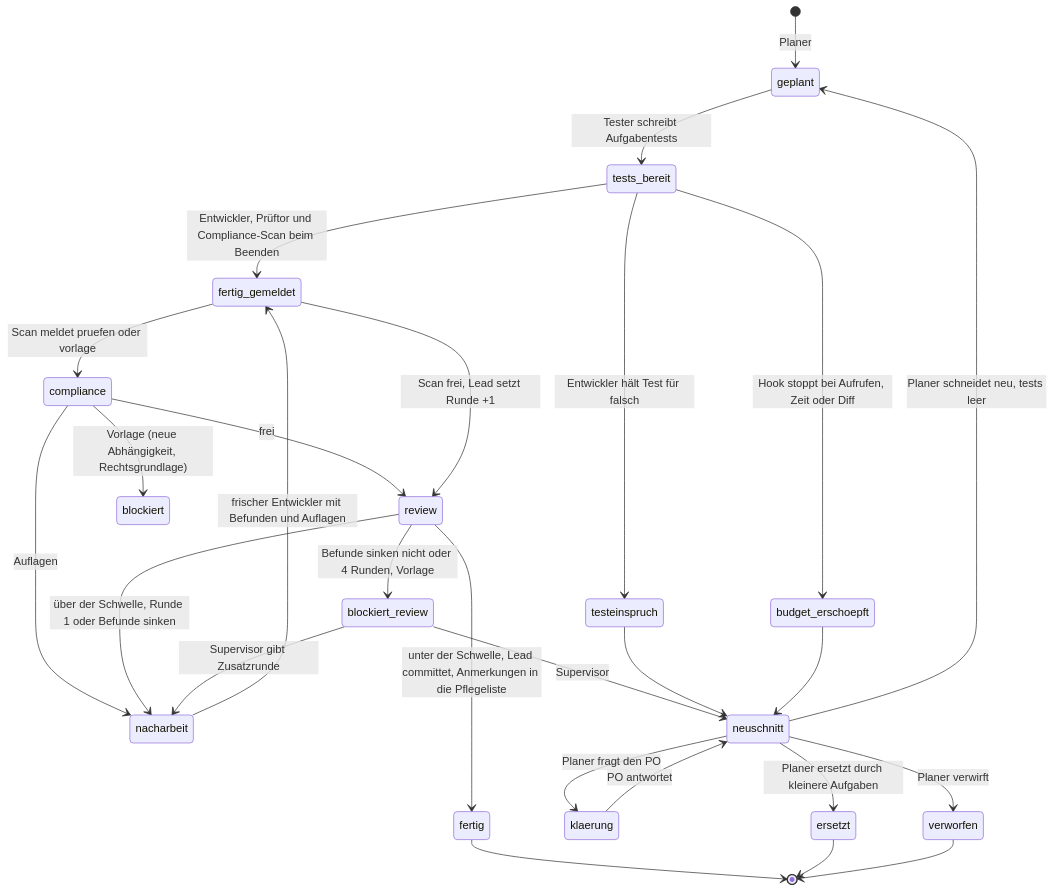
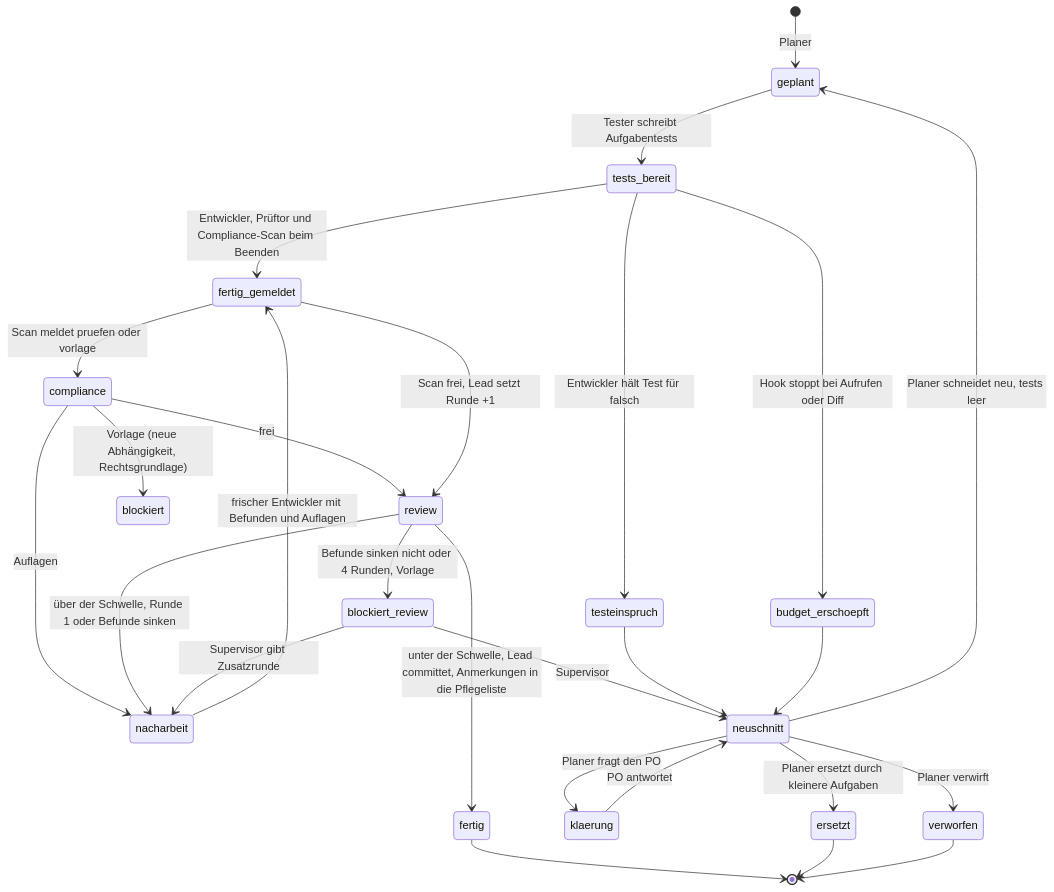
One commit to xXExceptionXx/keel changed the fourth of 7 diagrams in docs/system.md. Above: the diagram before and after it, drawn with Mermaid. The commit also changed other lines of this file and 11 other files, not shown here.

````diff
--- a/docs/system.md
+++ b/docs/system.md
@@ -107,29 +107,29 @@
 ```mermaid
 stateDiagram-v2
     [*] --> geplant: Planer
     geplant --> tests_bereit: Tester schreibt Aufgabentests
     tests_bereit --> fertig_gemeldet: Entwickler, Prüftor und Compliance-Scan beim Beenden
     tests_bereit --> testeinspruch: Entwickler hält Test für falsch
-    tests_bereit --> budget_erschoepft: Hook stoppt bei Aufrufen, Zeit oder Diff
+    tests_bereit --> budget_erschoepft: Hook stoppt bei Aufrufen oder Diff
     fertig_gemeldet --> compliance: Scan meldet pruefen oder vorlage
     compliance --> nacharbeit: Auflagen
     compliance --> review: frei
     compliance --> blockiert: Vorlage (neue Abhängigkeit, Rechtsgrundlage)
     fertig_gemeldet --> review: Scan frei, Lead setzt Runde +1
     review --> fertig: unter der Schwelle, Lead committet, Anmerkungen in die Pflegeliste
     review --> nacharbeit: über der Schwelle, Runde 1 oder Befunde sinken
     nacharbeit --> fertig_gemeldet: frischer Entwickler mit Befunden und Auflagen
     review --> blockiert_review: Befunde sinken nicht oder 4 Runden, Vorlage
     blockiert_review --> neuschnitt: Supervisor
     blockiert_review --> nacharbeit: Supervisor gibt Zusatzrunde
     testeinspruch --> neuschnitt
     budget_erschoepft --> neuschnitt
     neuschnitt --> klaerung: Planer fragt den PO
     klaerung --> neuschnitt: PO antwortet
     neuschnitt --> geplant: Planer schneidet neu, tests leer
     neuschnitt --> ersetzt: Planer ersetzt durch kleinere Aufgaben
     neuschnitt --> verworfen: Planer verwirft
     fertig --> [*]
     ersetzt --> [*]
     verworfen --> [*]
 ```
````
